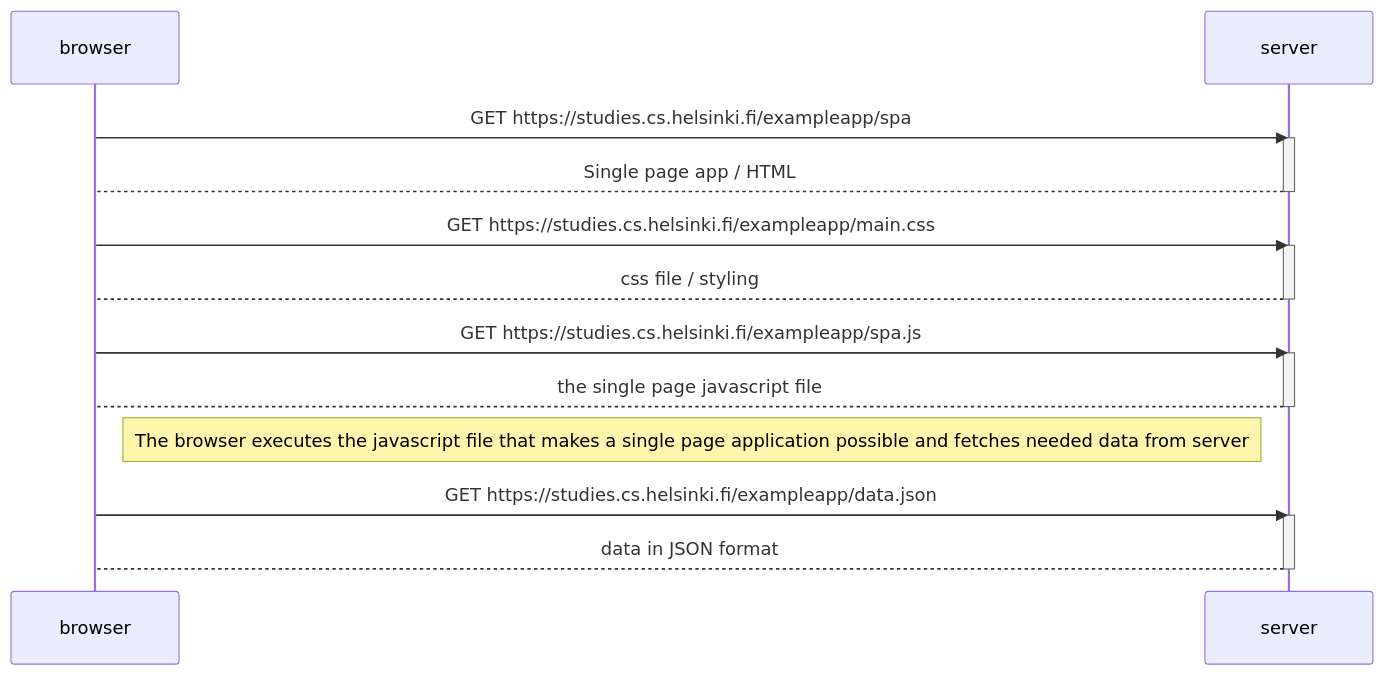
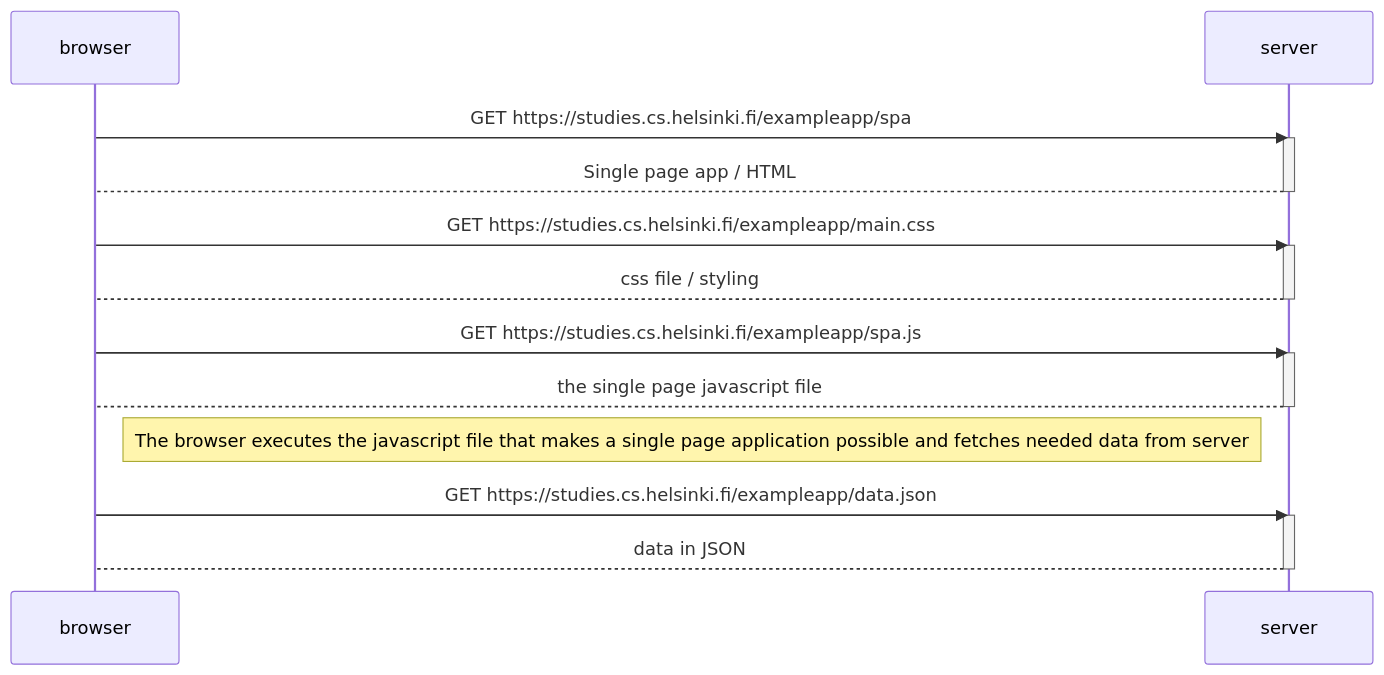
The diagram in osa0/05.md (neakovalainen/fullstackopen24), drawn with Mermaid before and after one commit. The commit also changed 1 other file, not shown here.

Commit message:
Exercise 06

````diff
--- a/osa0/05.md
+++ b/osa0/05.md
@@ -1,28 +1,28 @@
 ```mermaid
 sequenceDiagram
     participant browser
     participant server
 
     browser->>server: GET https://studies.cs.helsinki.fi/exampleapp/spa
     activate server
     server-->browser: Single page app / HTML
     deactivate server
 
     browser->>server: GET https://studies.cs.helsinki.fi/exampleapp/main.css
     activate server
     server-->browser: css file / styling
     deactivate server
 
     browser->>server: GET https://studies.cs.helsinki.fi/exampleapp/spa.js
     activate server
     server-->browser: the single page javascript file
     deactivate server
     Note right of browser: The browser executes the javascript file that makes a single page application possible and fetches needed data from server
 
 
     browser->>server: GET https://studies.cs.helsinki.fi/exampleapp/data.json
     activate server
-    server-->browser: data in JSON format
+    server-->browser: data in JSON 
     deactivate server
 
 ```
````
